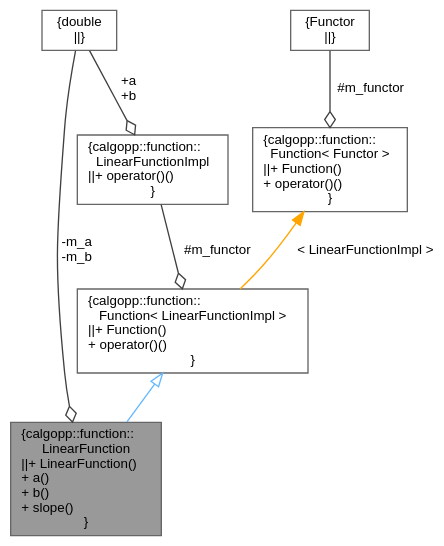
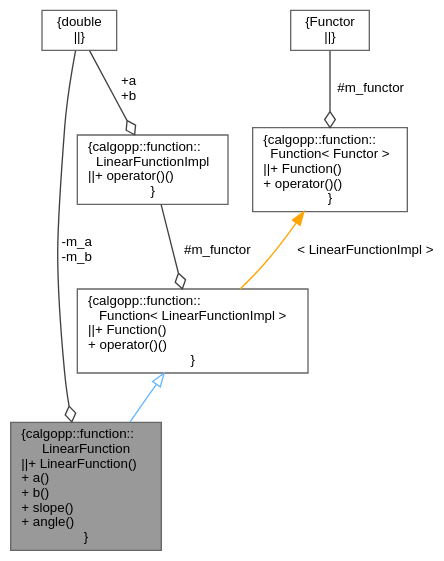
One commit to pawelekg95/algopp changed the diagram in classcalgopp_1_1function_1_1LinearFunction__coll__graph.dot. Above: the diagram before and after it, drawn with Graphviz. The commit also changed 57 other files, not shown here.

```diff
--- a/classcalgopp_1_1function_1_1LinearFunction__coll__graph.dot
+++ b/classcalgopp_1_1function_1_1LinearFunction__coll__graph.dot
@@ -1,19 +1,19 @@
 digraph "calgopp::function::LinearFunction"
 {
  // LATEX_PDF_SIZE
   bgcolor="transparent";
   edge [fontname=Helvetica,fontsize=10,labelfontname=Helvetica,labelfontsize=10];
   node [fontname=Helvetica,fontsize=10,shape=box,height=0.2,width=0.4];
-  Node1 [label="{calgopp::function::\lLinearFunction\n||+ LinearFunction()\l+ a()\l+ b()\l+ slope()\l}",height=0.2,width=0.4,color="gray40", fillcolor="grey60", style="filled", fontcolor="black",tooltip=" "];
+  Node1 [label="{calgopp::function::\lLinearFunction\n||+ LinearFunction()\l+ a()\l+ b()\l+ slope()\l+ angle()\l}",height=0.2,width=0.4,color="gray40", fillcolor="grey60", style="filled", fontcolor="black",tooltip=" "];
   Node2 -> Node1 [dir="back",color="steelblue1",style="solid",arrowtail="onormal"];
   Node2 [label="{calgopp::function::\lFunction\< LinearFunctionImpl \>\n||+ Function()\l+ operator()()\l}",height=0.2,width=0.4,color="gray40", fillcolor="white", style="filled",URL="$classcalgopp_1_1function_1_1Function.html",tooltip=" "];
   Node3 -> Node2 [color="grey25",style="solid",label=" #m_functor" ,arrowhead="odiamond"];
   Node3 [label="{calgopp::function::\lLinearFunctionImpl\n||+ operator()()\l}",height=0.2,width=0.4,color="gray40", fillcolor="white", style="filled",URL="$structcalgopp_1_1function_1_1LinearFunctionImpl.html",tooltip=" "];
   Node4 -> Node3 [color="grey25",style="solid",label=" +a\n+b" ,arrowhead="odiamond"];
   Node4 [label="{double\n||}",height=0.2,width=0.4,color="gray40", fillcolor="white", style="filled",tooltip=" "];
   Node5 -> Node2 [dir="back",color="orange",style="solid",label=" \< LinearFunctionImpl \>" ];
   Node5 [label="{calgopp::function::\lFunction\< Functor \>\n||+ Function()\l+ operator()()\l}",height=0.2,width=0.4,color="gray40", fillcolor="white", style="filled",URL="$classcalgopp_1_1function_1_1Function.html",tooltip=" "];
   Node6 -> Node5 [color="grey25",style="solid",label=" #m_functor" ,arrowhead="odiamond"];
   Node6 [label="{Functor\n||}",height=0.2,width=0.4,color="gray40", fillcolor="white", style="filled",tooltip=" "];
   Node4 -> Node1 [color="grey25",style="solid",label=" -m_a\n-m_b" ,arrowhead="odiamond"];
 }
```
